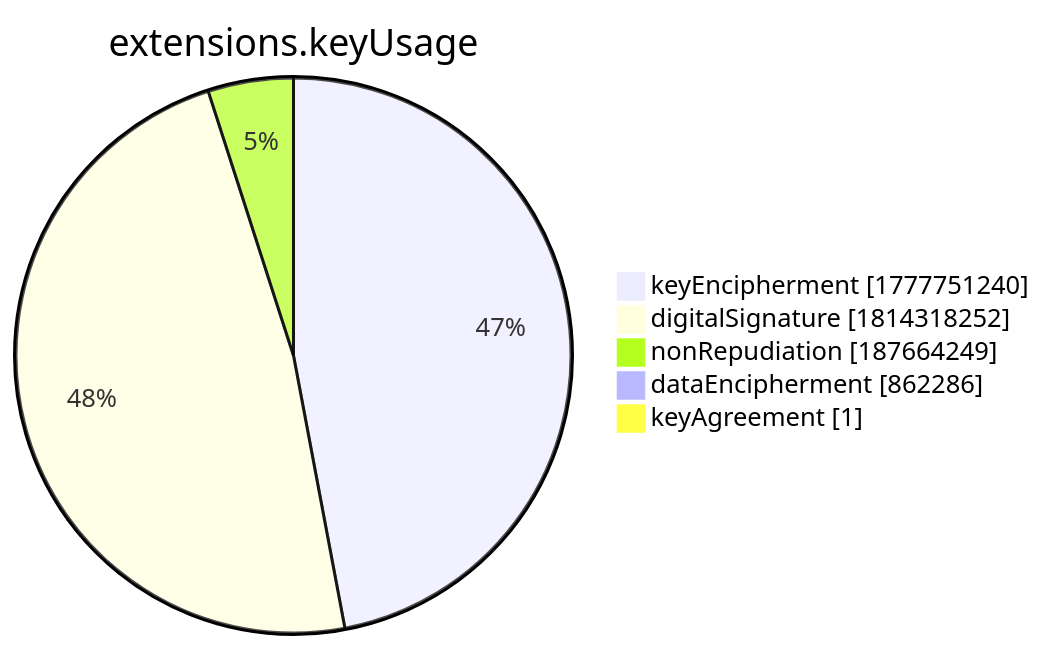
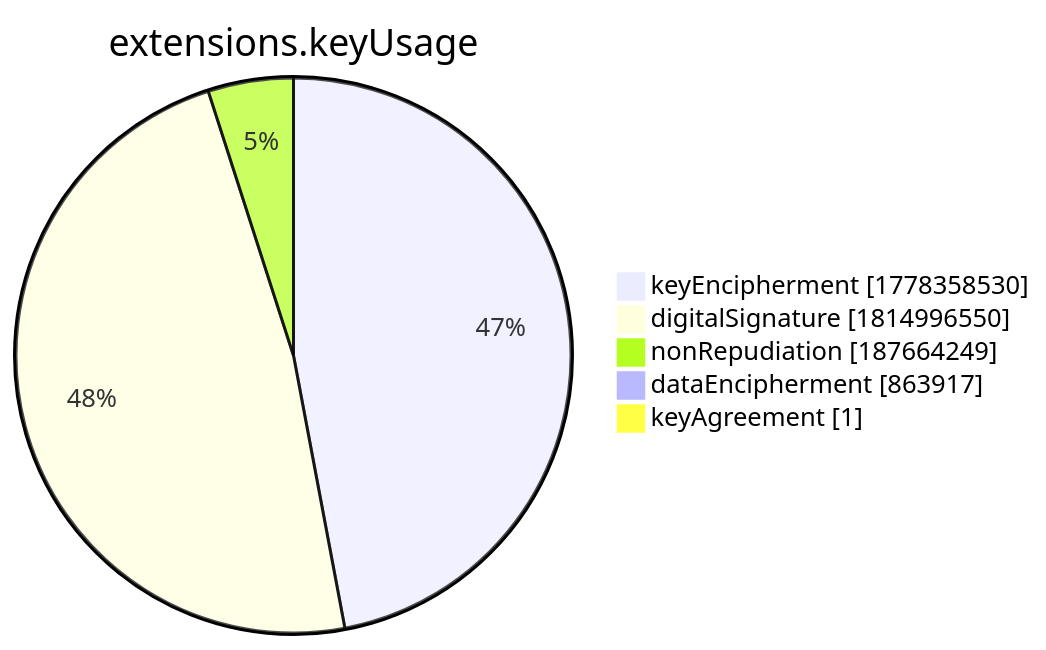
Before and after one commit to christiankrug/ctmonitor_visualization: the seventh of 15 diagrams in xenon2022/README.md, drawn with Mermaid. The commit also changed other lines of this file, not shown here.

````diff
--- a/xenon2022/README.md
+++ b/xenon2022/README.md
@@ -2859,9 +2859,9 @@
 ```mermaid
 pie showData
 title extensions.keyUsage
-"keyEncipherment" :1777751240
-"digitalSignature" :1814318252
+"keyEncipherment" :1778358530
+"digitalSignature" :1814996550
 "nonRepudiation" :187664249
-"dataEncipherment" :862286
+"dataEncipherment" :863917
 "keyAgreement" :1
 ```
````
